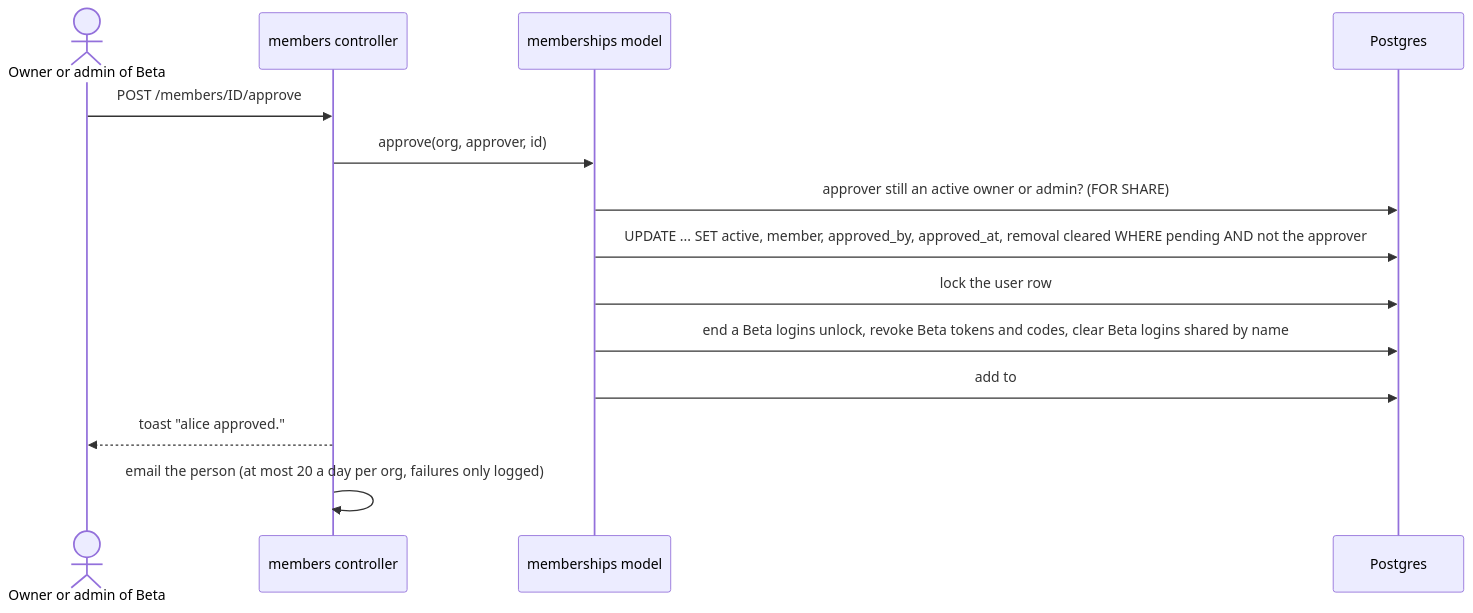
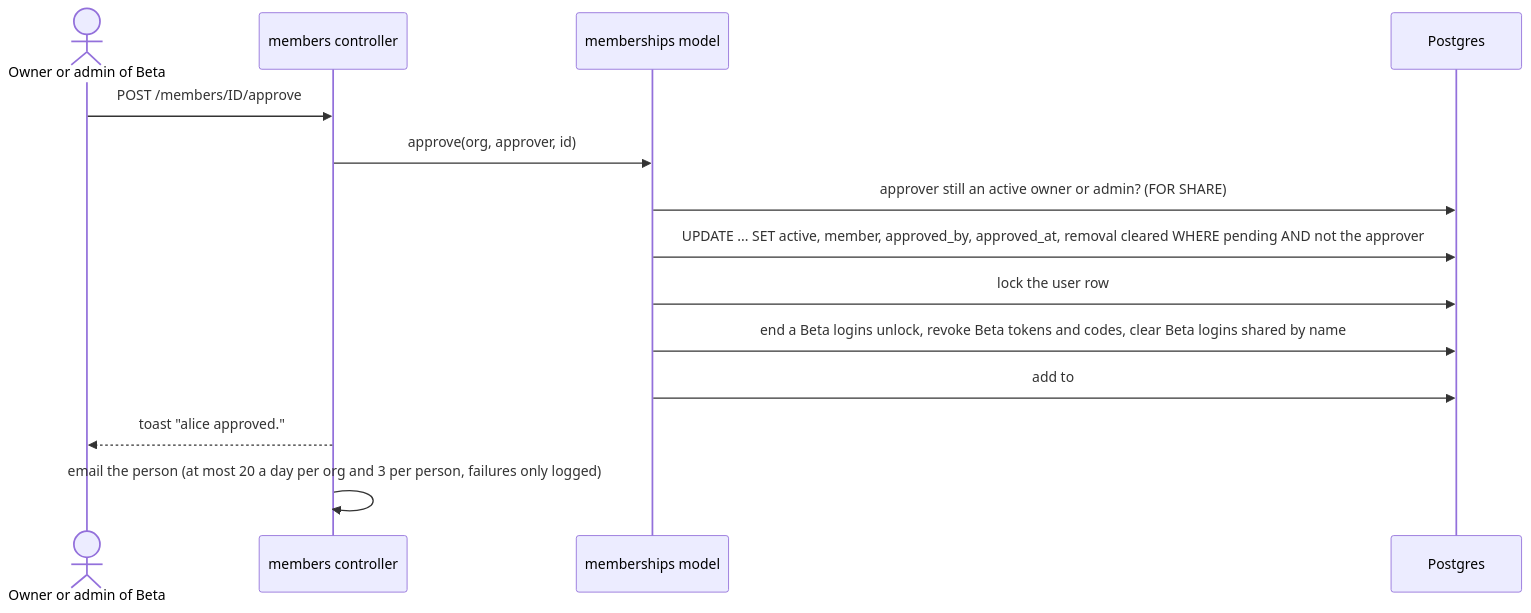
One commit to rajgurung/collaboration_tool changed the fourth of 9 diagrams in docs/flows/accounts.md. Above: the diagram before and after it, drawn with Mermaid. The commit also changed 5 other files, not shown here.

Commit message:
Approval email limit: count each email sent, 20 per org and 3 per person a day

````diff
--- a/docs/flows/accounts.md
+++ b/docs/flows/accounts.md
@@ -168,16 +168,16 @@
 ```mermaid
 sequenceDiagram
     actor A as Owner or admin of Beta
     participant C as members controller
     participant M as memberships model
     participant DB as Postgres
     A->>C: POST /members/ID/approve
     C->>M: approve(org, approver, id)
     M->>DB: approver still an active owner or admin? (FOR SHARE)
     M->>DB: UPDATE ... SET active, member, approved_by, approved_at, removal cleared WHERE pending AND not the approver
     M->>DB: lock the user row
     M->>DB: end a Beta logins unlock, revoke Beta tokens and codes, clear Beta logins shared by name
     M->>DB: add to #general and back to their Beta DMs
     C-->>A: toast "alice approved."
-    C->>C: email the person (at most 20 a day per org, failures only logged)
+    C->>C: email the person (at most 20 a day per org and 3 per person, failures only logged)
 ```
````
